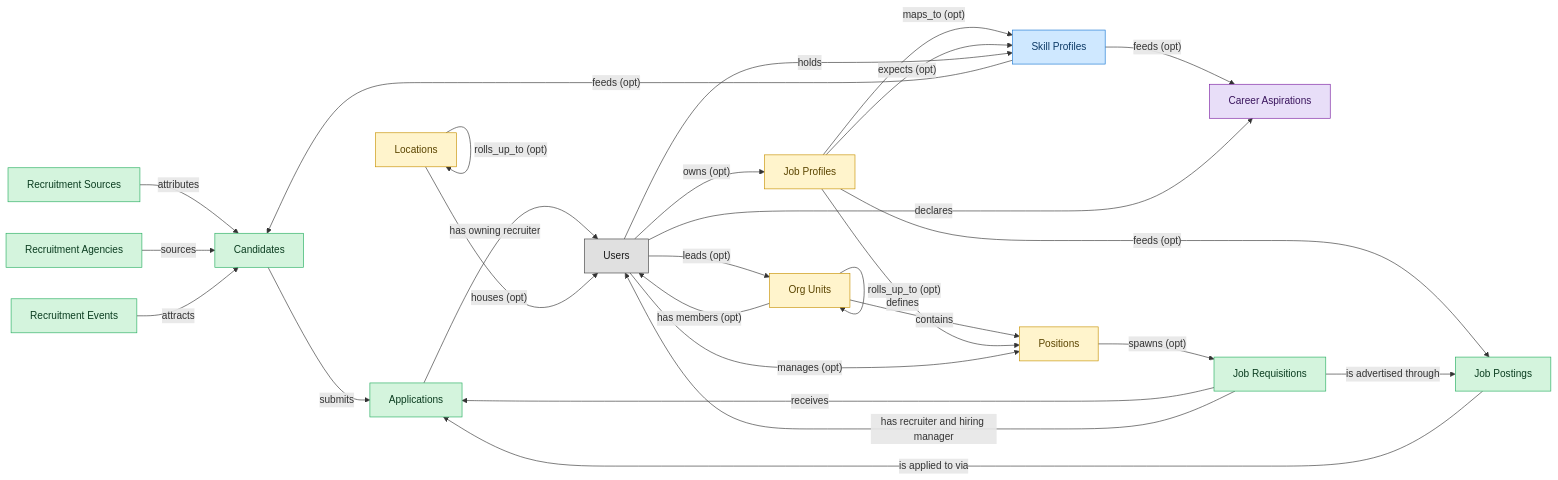
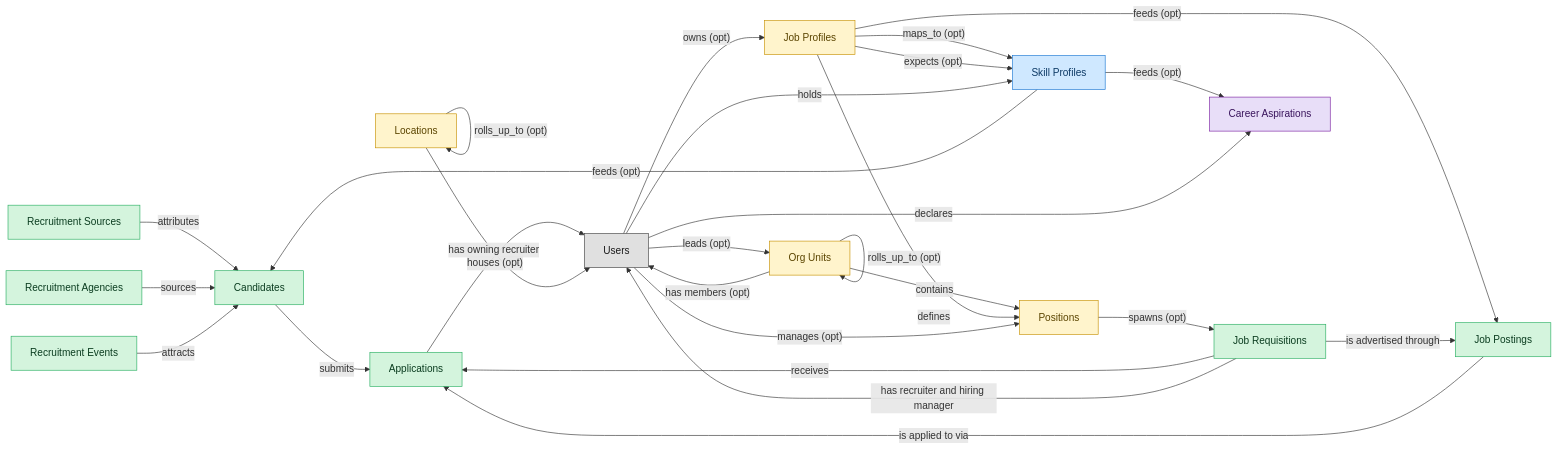
Before and after one commit to IntranetFactory/domain-map: the diagram in blueprints/starter-kits/ats-semantic-blueprint.md, drawn with Mermaid. The commit also changed other lines of this file and 12 other files, not shown here.

````diff
--- a/blueprints/starter-kits/ats-semantic-blueprint.md
+++ b/blueprints/starter-kits/ats-semantic-blueprint.md
@@ -41,62 +41,62 @@
 ```mermaid
 flowchart LR
   classDef master fill:#d4f4dd,stroke:#27ae60,color:#0b3d20;
   classDef embedded_master fill:#fff4cc,stroke:#c79100,color:#5b4500;
   classDef contributor fill:#cfe8ff,stroke:#1976d2,color:#0d3a66;
   classDef consumer fill:#e8def8,stroke:#7b1fa2,color:#3a155d;
   classDef platform_builtin fill:#e0e0e0,stroke:#424242,color:#1a1a1a;
   candidates["Candidates"]
   recruitment_sources["Recruitment Sources"]
   recruitment_agencies["Recruitment Agencies"]
   recruitment_events["Recruitment Events"]
-  skill_profiles["Skill Profiles"]
-  career_aspirations["Career Aspirations"]
   job_requisitions["Job Requisitions"]
   job_postings["Job Postings"]
   job_applications["Applications"]
   hcm_positions["Positions"]
   org_units["Org Units"]
   locations["Locations"]
   job_profiles["Job Profiles"]
+  skill_profiles["Skill Profiles"]
+  career_aspirations["Career Aspirations"]
   users["Users"]
   org_units -->|"contains"| hcm_positions
   job_profiles -->|"defines"| hcm_positions
   job_profiles -->|"maps_to (opt)"| skill_profiles
   hcm_positions -->|"spawns (opt)"| job_requisitions
   job_profiles -->|"feeds (opt)"| job_postings
   job_profiles -->|"expects (opt)"| skill_profiles
   skill_profiles -->|"feeds (opt)"| candidates
   skill_profiles -->|"feeds (opt)"| career_aspirations
   job_requisitions -->|"is advertised through"| job_postings
   job_requisitions -->|"receives"| job_applications
   job_postings -->|"is applied to via"| job_applications
   candidates -->|"submits"| job_applications
   recruitment_sources -->|"attributes"| candidates
   recruitment_agencies -->|"sources"| candidates
   recruitment_events -->|"attracts"| candidates
   org_units -->|"rolls_up_to (opt)"| org_units
   locations -->|"rolls_up_to (opt)"| locations
   users -->|"manages (opt)"| hcm_positions
   users -->|"leads (opt)"| org_units
   users -->|"owns (opt)"| job_profiles
   users -->|"holds"| skill_profiles
   job_requisitions -->|"has recruiter and hiring manager"| users
   job_applications -->|"has owning recruiter"| users
   users -->|"declares"| career_aspirations
   org_units -->|"has members (opt)"| users
   locations -->|"houses (opt)"| users
   class candidates master;
   class recruitment_sources master;
   class recruitment_agencies master;
   class recruitment_events master;
-  class skill_profiles contributor;
-  class career_aspirations consumer;
   class job_requisitions master;
   class job_postings master;
   class job_applications master;
   class hcm_positions embedded_master;
   class org_units embedded_master;
   class locations embedded_master;
   class job_profiles embedded_master;
+  class skill_profiles contributor;
+  class career_aspirations consumer;
   class users platform_builtin;
 ```
````
